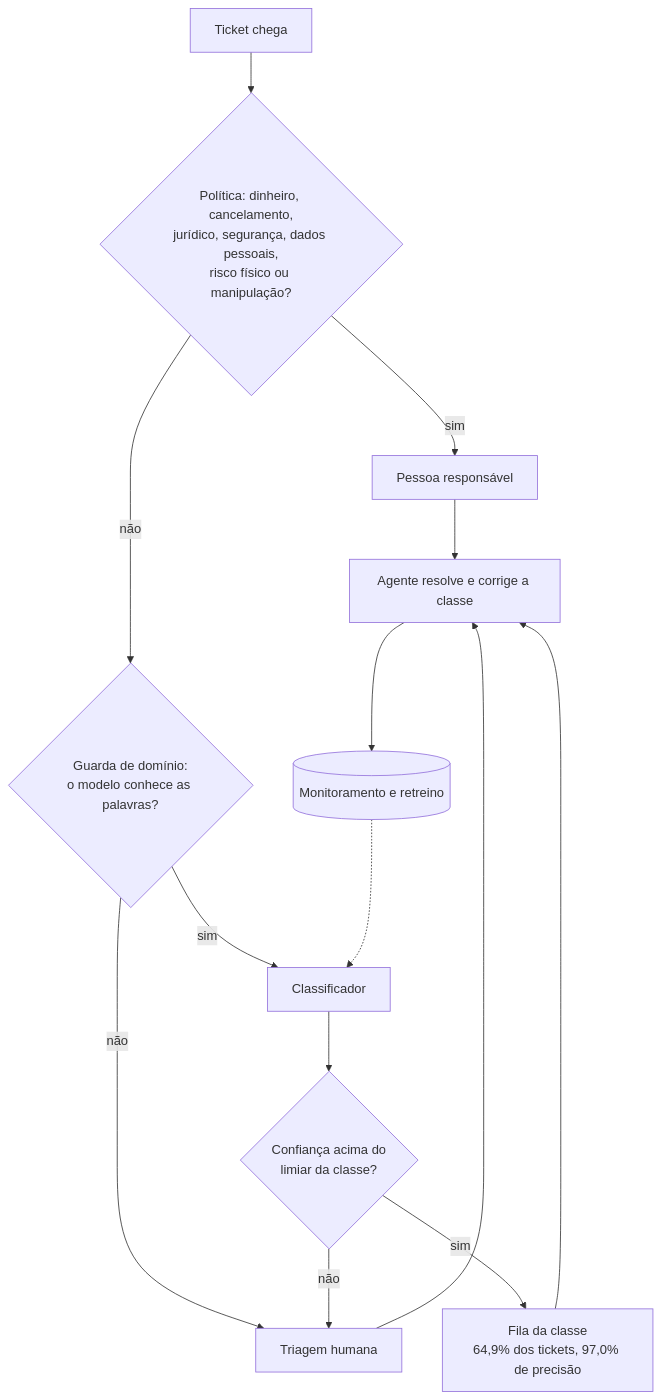
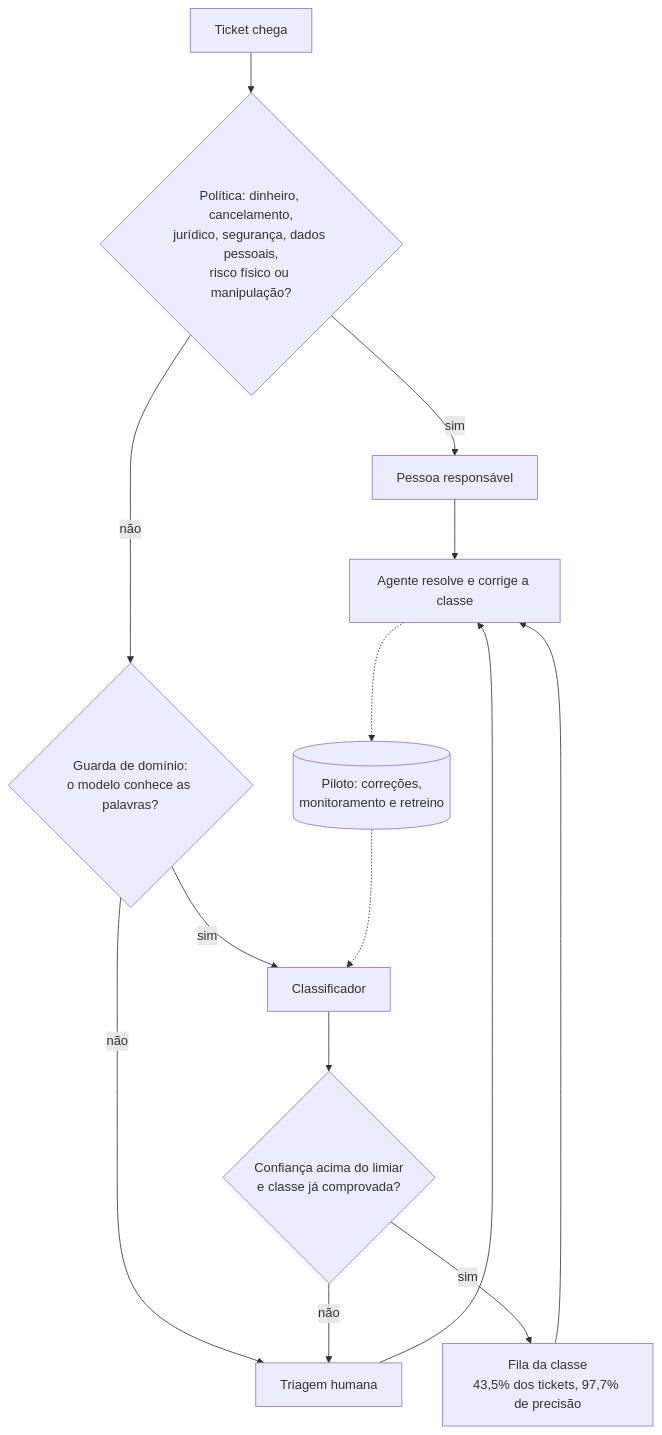
The diagram in submissions/diogo-carrico/README.md (codessentia/ai-master-challenge), drawn with Mermaid before and after one commit. The commit also changed other lines of this file and 17 other files, not shown here.

````diff
--- a/submissions/diogo-carrico/README.md
+++ b/submissions/diogo-carrico/README.md
@@ -54,16 +54,16 @@
 ```mermaid
 flowchart TD
     A["Ticket chega"] --> B{"Política: dinheiro, cancelamento,<br/>jurídico, segurança, dados pessoais,<br/>risco físico ou manipulação?"}
     B -- sim --> P["Pessoa responsável"]
     B -- não --> C{"Guarda de domínio:<br/>o modelo conhece as palavras?"}
     C -- não --> H["Triagem humana"]
     C -- sim --> D["Classificador"]
-    D --> E{"Confiança acima do<br/>limiar da classe?"}
+    D --> E{"Confiança acima do limiar<br/>e classe já comprovada?"}
     E -- não --> H
-    E -- sim --> F["Fila da classe<br/>64,9% dos tickets, 97,0% de precisão"]
+    E -- sim --> F["Fila da classe<br/>43,5% dos tickets, 97,7% de precisão"]
     H --> G["Agente resolve e corrige a classe"]
     F --> G
     P --> G
-    G --> M[("Monitoramento e retreino")]
+    G -.-> M[("Piloto: correções,<br/>monitoramento e retreino")]
     M -.-> D
 ```
````
